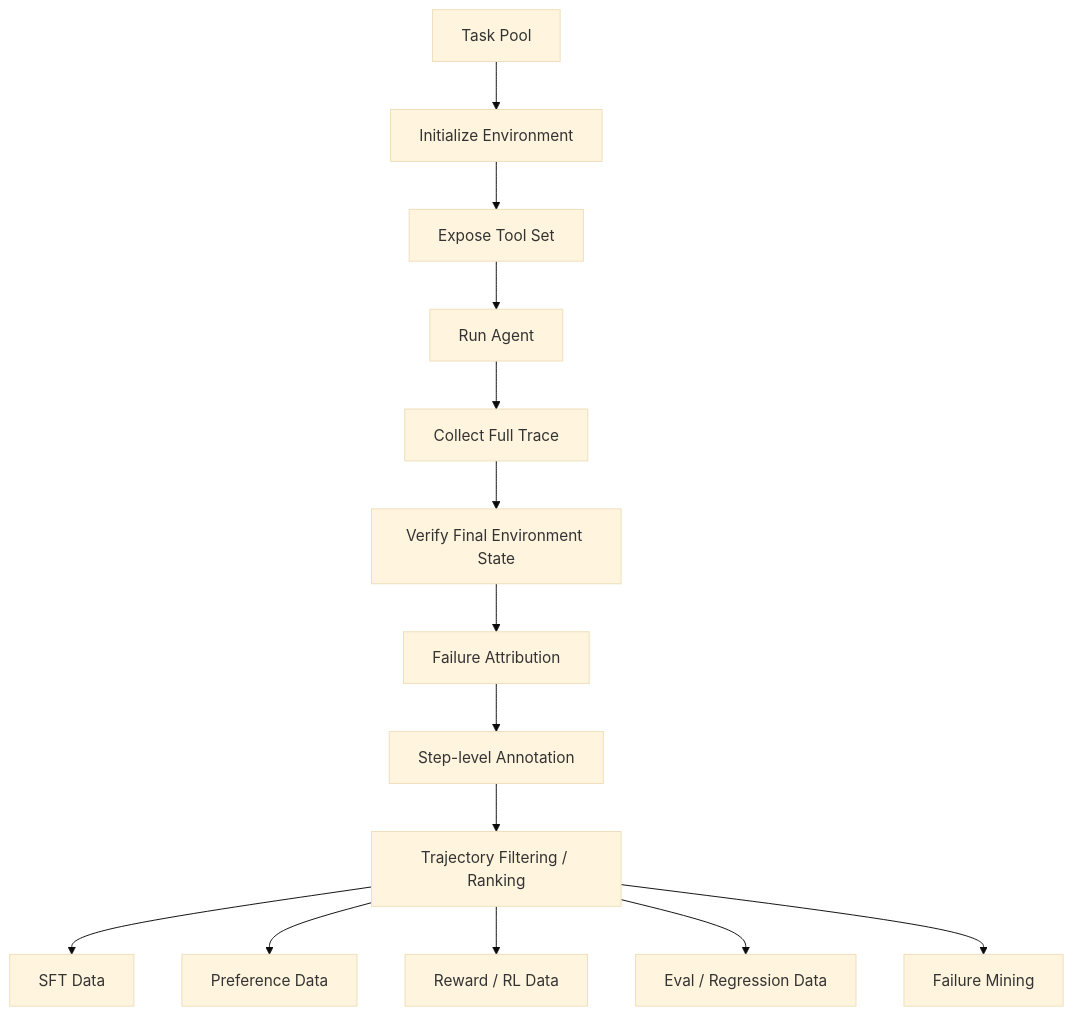
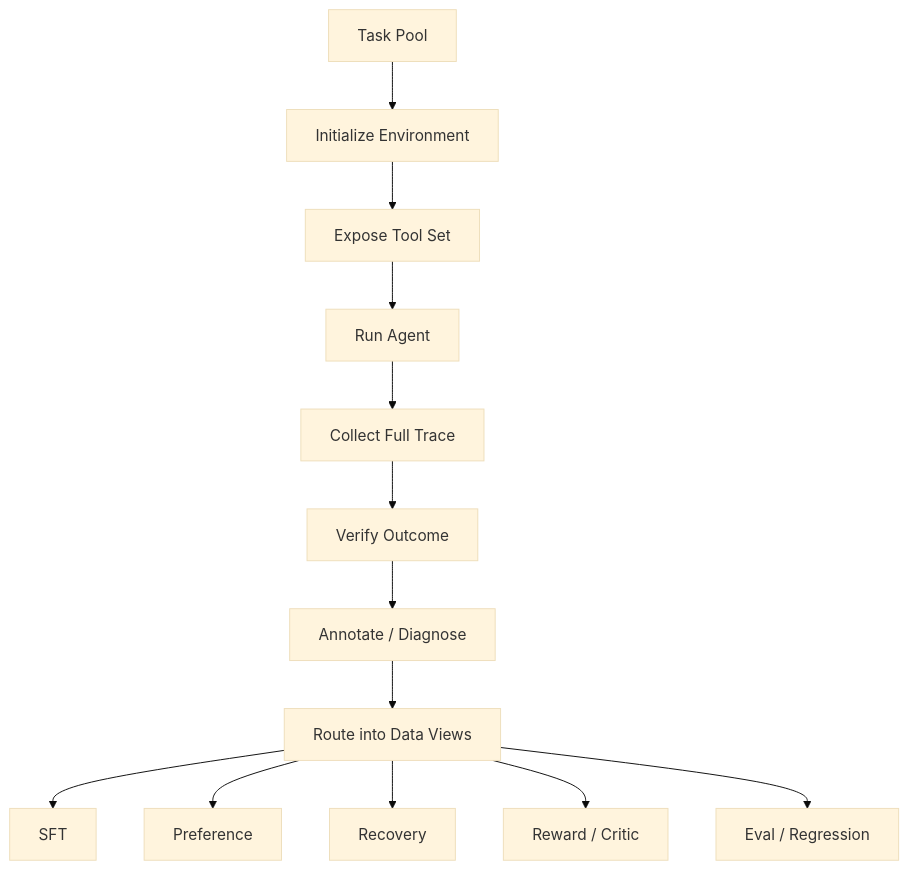
Before and after one commit to JiangHui0203/Homework: the third of 3 diagrams in LLM_Agent_Data/05_Tool_Use_and_Agent_Trajectory_Data.md, drawn with Mermaid (base theme). The commit also changed other lines of this file, not shown here.

Commit message:
Refine Ch5 around tool-use and agent trajectory data

````diff
--- a/LLM_Agent_Data/05_Tool_Use_and_Agent_Trajectory_Data.md
+++ b/LLM_Agent_Data/05_Tool_Use_and_Agent_Trajectory_Data.md
@@ -1810,16 +824,15 @@
 ```mermaid
 flowchart TD
     A[Task Pool] --> B[Initialize Environment]
     B --> C[Expose Tool Set]
     C --> D[Run Agent]
     D --> E[Collect Full Trace]
-    E --> F[Verify Final Environment State]
-    F --> G[Failure Attribution]
-    G --> H[Step-level Annotation]
-    H --> I[Trajectory Filtering / Ranking]
-    I --> J1[SFT Data]
-    I --> J2[Preference Data]
-    I --> J3[Reward / RL Data]
-    I --> J4[Eval / Regression Data]
-    I --> J5[Failure Mining]
+    E --> F[Verify Outcome]
+    F --> G[Annotate / Diagnose]
+    G --> H[Route into Data Views]
+    H --> I1[SFT]
+    H --> I2[Preference]
+    H --> I3[Recovery]
+    H --> I4[Reward / Critic]
+    H --> I5[Eval / Regression]
 ```
````
